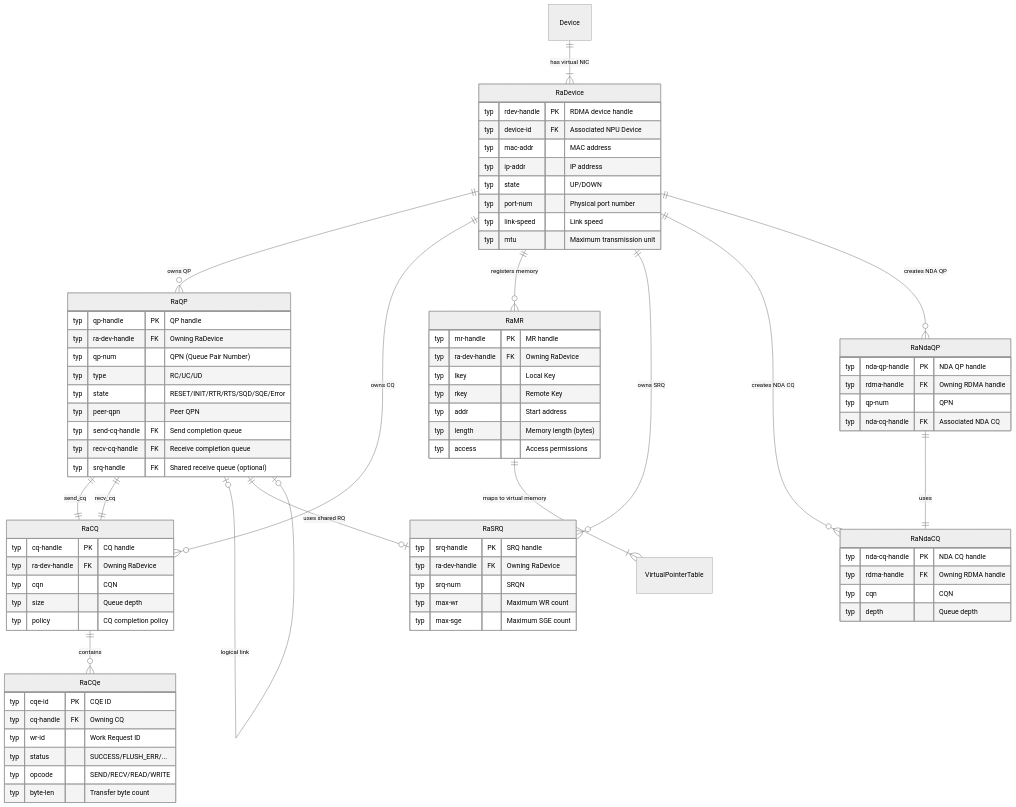
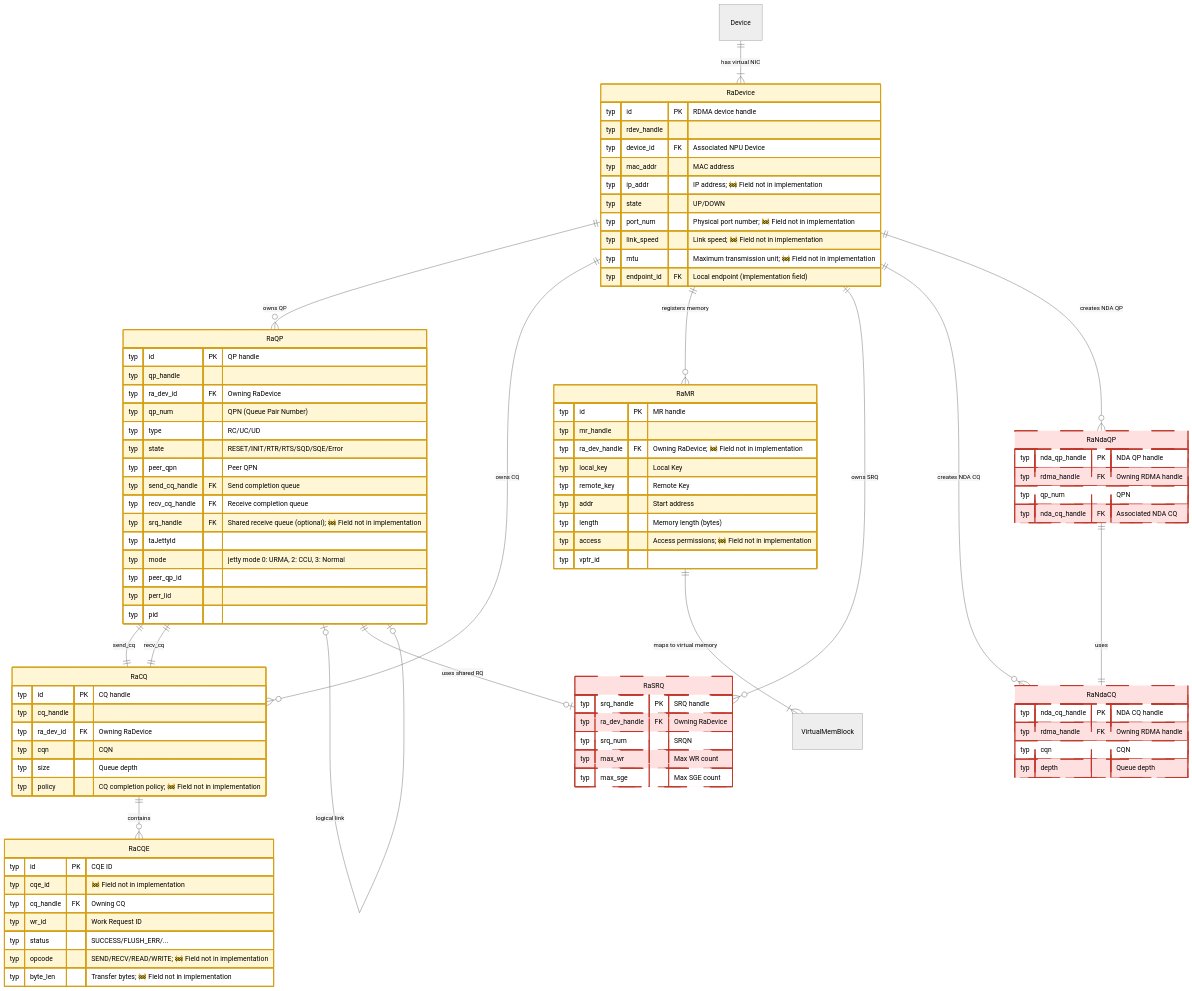
Before and after one commit to Fengfengst123/hcomm-mirror: diagram 14 of 19 in test/hccl_vm/docs/simulator_runner_data_model_en.md, drawn with Mermaid (neutral theme). The commit also changed other lines of this file and 701 other files, not shown here.

````diff
--- a/test/hccl_vm/docs/simulator_runner_data_model_en.md
+++ b/test/hccl_vm/docs/simulator_runner_data_model_en.md
@@ -954,94 +1180,112 @@
 ```mermaid
 erDiagram
     %% ==========================================
-    %% RDMA Device and Resources (RaRdev, RaQp, RaMr Interfaces)
+    %% RDMA Devices and Resources (RaRdev, RaQp, RaMr Interfaces)
+    %% 🧠 Process-private candidate: RaQP / RaCQ / RaCQE / RaMR / RaDevice (only accessed by src/proxy; RaQP has peer filtering)
     %% ==========================================
     Device ||--|{ RaDevice : "has virtual NIC"
     RaDevice {
-        typ rdev-handle PK "RDMA device handle"
-        typ device-id FK "Associated NPU Device"
-        typ mac-addr "MAC address"
-        typ ip-addr "IP address"
+        typ id PK "RDMA device handle"
+        typ rdev_handle
+        typ device_id FK "Associated NPU Device"
+        typ mac_addr "MAC address"
+        typ ip_addr "IP address; 🚧 Field not in implementation"
         typ state "UP/DOWN"
-        typ port-num "Physical port number"
-        typ link-speed "Link speed"
-        typ mtu "Maximum transmission unit"
+        typ port_num "Physical port number; 🚧 Field not in implementation"
+        typ link_speed "Link speed; 🚧 Field not in implementation"
+        typ mtu "Maximum transmission unit; 🚧 Field not in implementation"
+        typ endpoint_id FK "Local endpoint (implementation field)"
     }
-    
+
     %% RDMA core: QP (Queue Pair)
     RaQP {
-        typ qp-handle PK "QP handle"
-        typ ra-dev-handle FK "Owning RaDevice"
-        typ qp-num "QPN (Queue Pair Number)"
+        typ id PK "QP handle"
+        typ qp_handle
+        typ ra_dev_id FK "Owning RaDevice"
+        typ qp_num "QPN (Queue Pair Number)"
         typ type "RC/UC/UD"
         typ state "RESET/INIT/RTR/RTS/SQD/SQE/Error"
-        typ peer-qpn "Peer QPN"
-        typ send-cq-handle FK "Send completion queue"
-        typ recv-cq-handle FK "Receive completion queue"
-        typ srq-handle FK "Shared receive queue (optional)"
+        typ peer_qpn "Peer QPN"
+        typ send_cq_handle FK "Send completion queue"
+        typ recv_cq_handle FK "Receive completion queue"
+        typ srq_handle FK "Shared receive queue (optional); 🚧 Field not in implementation"
+        typ taJettyId
+        typ mode "jetty mode 0: URMA, 2: CCU, 3: Normal"
+        typ peer_qp_id
+        typ perr_lid
+        typ pid
     }
     RaDevice ||--o{ RaQP : "owns QP"
     RaQP ||--|| RaCQ : "send_cq"
     RaQP ||--|| RaCQ : "recv_cq"
     RaQP |o--o| RaQP : "logical link"
     RaQP ||--o| RaSRQ : "uses shared RQ"
-    
+
     %% Completion Queue CQ
     RaCQ {
-        typ cq-handle PK "CQ handle"
-        typ ra-dev-handle FK "Owning RaDevice"
+        typ id PK "CQ handle"
+        typ cq_handle
+        typ ra_dev_id FK "Owning RaDevice"
         typ cqn "CQN"
         typ size "Queue depth"
-        typ policy "CQ completion policy"
+        typ policy "CQ completion policy; 🚧 Field not in implementation"
     }
-    RaCQe {
-        typ cqe-id PK "CQE ID"
-        typ cq-handle FK "Owning CQ"
-        typ wr-id "Work Request ID"
+    RaCQE {
+        typ id PK "CQE ID"
+        typ cqe_id "🚧 Field not in implementation"
+        typ cq_handle FK "Owning CQ"
+        typ wr_id "Work Request ID"
         typ status "SUCCESS/FLUSH_ERR/..."
-        typ opcode "SEND/RECV/READ/WRITE"
-        typ byte-len "Transfer byte count"
+        typ opcode "SEND/RECV/READ/WRITE; 🚧 Field not in implementation"
+        typ byte_len "Transfer bytes; 🚧 Field not in implementation"
     }
     RaDevice ||--o{ RaCQ : "owns CQ"
-    RaCQ ||--o{ RaCQe : "contains"
-    
+    RaCQ ||--o{ RaCQE : "contains"
+
     %% Memory Registration MR
     RaMR {
-        typ mr-handle PK "MR handle"
-        typ ra-dev-handle FK "Owning RaDevice"
-        typ lkey "Local Key"
-        typ rkey "Remote Key"
+        typ id PK "MR handle"
+        typ mr_handle
+        typ ra_dev_handle FK "Owning RaDevice; 🚧 Field not in implementation"
+        typ local_key "Local Key"
+        typ remote_key "Remote Key"
         typ addr "Start address"
         typ length "Memory length (bytes)"
-        typ access "Access permissions"
+        typ access "Access permissions; 🚧 Field not in implementation"
+        typ vptr_id
     }
     RaDevice ||--o{ RaMR : "registers memory"
-    RaMR ||--|{ VirtualPointerTable : "maps to virtual memory"
-    
+    RaMR ||--|{ VirtualMemBlock : "maps to virtual memory"
+
     %% Shared Receive Queue SRQ
     RaSRQ {
-        typ srq-handle PK "SRQ handle"
-        typ ra-dev-handle FK "Owning RaDevice"
-        typ srq-num "SRQN"
-        typ max-wr "Maximum WR count"
-        typ max-sge "Maximum SGE count"
+        typ srq_handle PK "SRQ handle"
+        typ ra_dev_handle FK "Owning RaDevice"
+        typ srq_num "SRQN"
+        typ max_wr "Max WR count"
+        typ max_sge "Max SGE count"
     }
     RaDevice ||--o{ RaSRQ : "owns SRQ"
-    
-    %% NDA direct access
+
+    %% NDA Direct Access
     RaNdaCQ {
-        typ nda-cq-handle PK "NDA CQ handle"
-        typ rdma-handle FK "Owning RDMA handle"
+        typ nda_cq_handle PK "NDA CQ handle"
+        typ rdma_handle FK "Owning RDMA handle"
         typ cqn "CQN"
         typ depth "Queue depth"
     }
     RaNdaQP {
-        typ nda-qp-handle PK "NDA QP handle"
-        typ rdma-handle FK "Owning RDMA handle"
-        typ qp-num "QPN"
-        typ nda-cq-handle FK "Associated NDA CQ"
+        typ nda_qp_handle PK "NDA QP handle"
+        typ rdma_handle FK "Owning RDMA handle"
+        typ qp_num "QPN"
+        typ nda_cq_handle FK "Associated NDA CQ"
     }
     RaDevice ||--o{ RaNdaCQ : "creates NDA CQ"
     RaDevice ||--o{ RaNdaQP : "creates NDA QP"
     RaNdaQP ||--|| RaNdaCQ : "uses"
+
+    classDef unimplemented fill:#ffe0e0,stroke:#c0392b,stroke-width:2px,stroke-dasharray:5 3
+    classDef inproc fill:#fff6d6,stroke:#d4a017,stroke-width:2px
+    class RaSRQ,RaNdaCQ,RaNdaQP unimplemented
+    class RaDevice,RaQP,RaCQ,RaCQE,RaMR inproc
 ```
````
